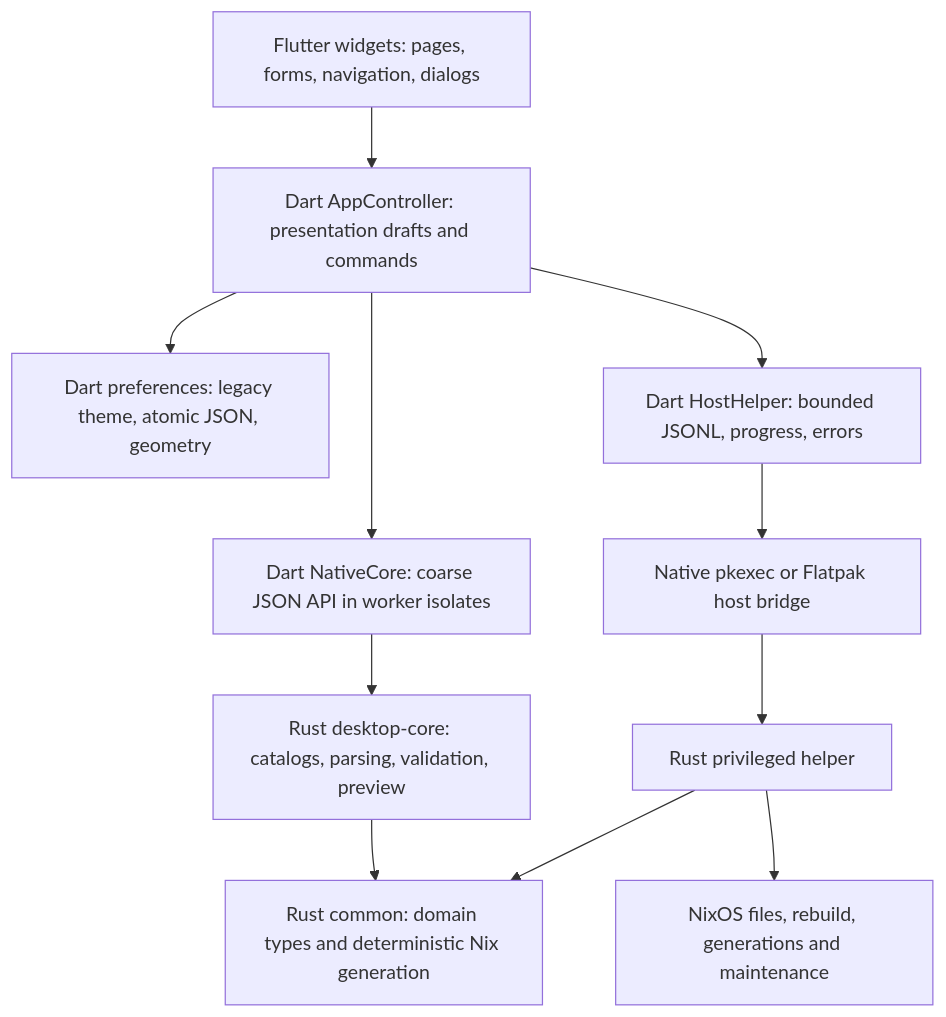
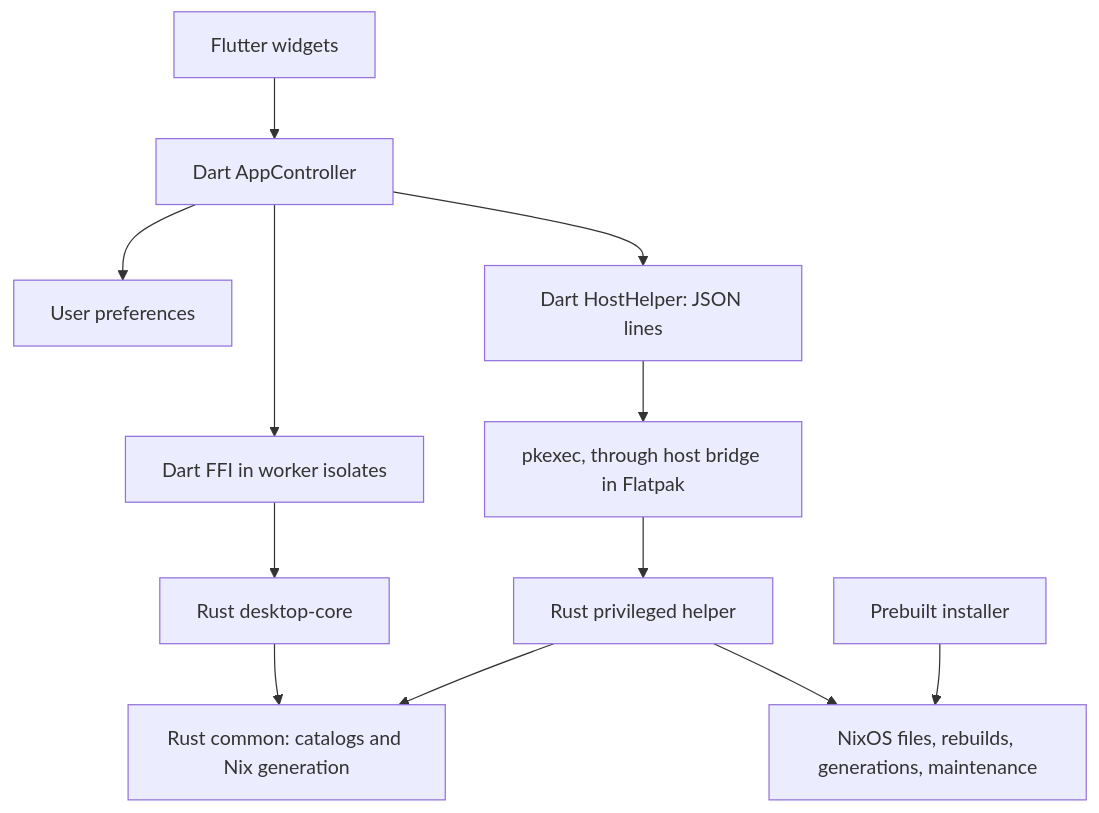
Before and after one commit to goshitsarch-eng/Gosh-NixOS-Manager: the diagram in ARCHITECTURE.md, drawn with Mermaid. The commit also changed other lines of this file and 37 other files, not shown here.

````diff
--- a/ARCHITECTURE.md
+++ b/ARCHITECTURE.md
@@ -5,13 +5,14 @@
 ```mermaid
 flowchart TD
-    Widgets[Flutter widgets: pages, forms, navigation, dialogs] --> Controller[Dart AppController: presentation drafts and commands]
-    Controller --> Preferences[Dart preferences: legacy theme, atomic JSON, geometry]
-    Controller --> Bridge[Dart NativeCore: coarse JSON API in worker isolates]
-    Bridge --> Core[Rust desktop-core: catalogs, parsing, validation, preview]
-    Core --> Common[Rust common: domain types and deterministic Nix generation]
-    Controller --> Session[Dart HostHelper: bounded JSONL, progress, errors]
-    Session --> Polkit[Native pkexec or Flatpak host bridge]
-    Polkit --> Helper[Rust privileged helper]
+    UI[Flutter widgets] --> Controller[Dart AppController]
+    Controller --> Preferences[User preferences]
+    Controller --> Bridge[Dart FFI in worker isolates]
+    Bridge --> Core[Rust desktop-core]
+    Core --> Common[Rust common: catalogs and Nix generation]
+    Controller --> Session[Dart HostHelper: JSON lines]
+    Session --> Auth[pkexec, through host bridge in Flatpak]
+    Auth --> Helper[Rust privileged helper]
     Helper --> Common
-    Helper --> Host[NixOS files, rebuild, generations and maintenance]
+    Helper --> Host[NixOS files, rebuilds, generations, maintenance]
+    Installer[Prebuilt installer] --> Host
 ```
````
